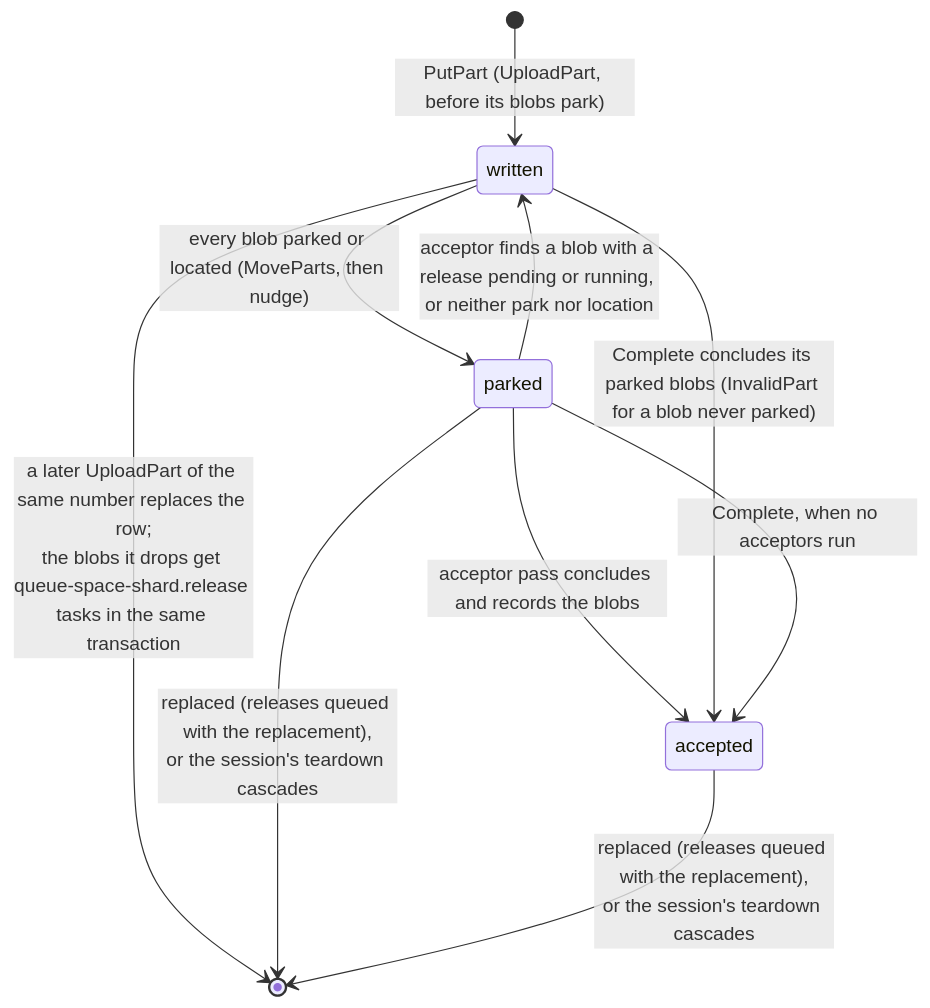
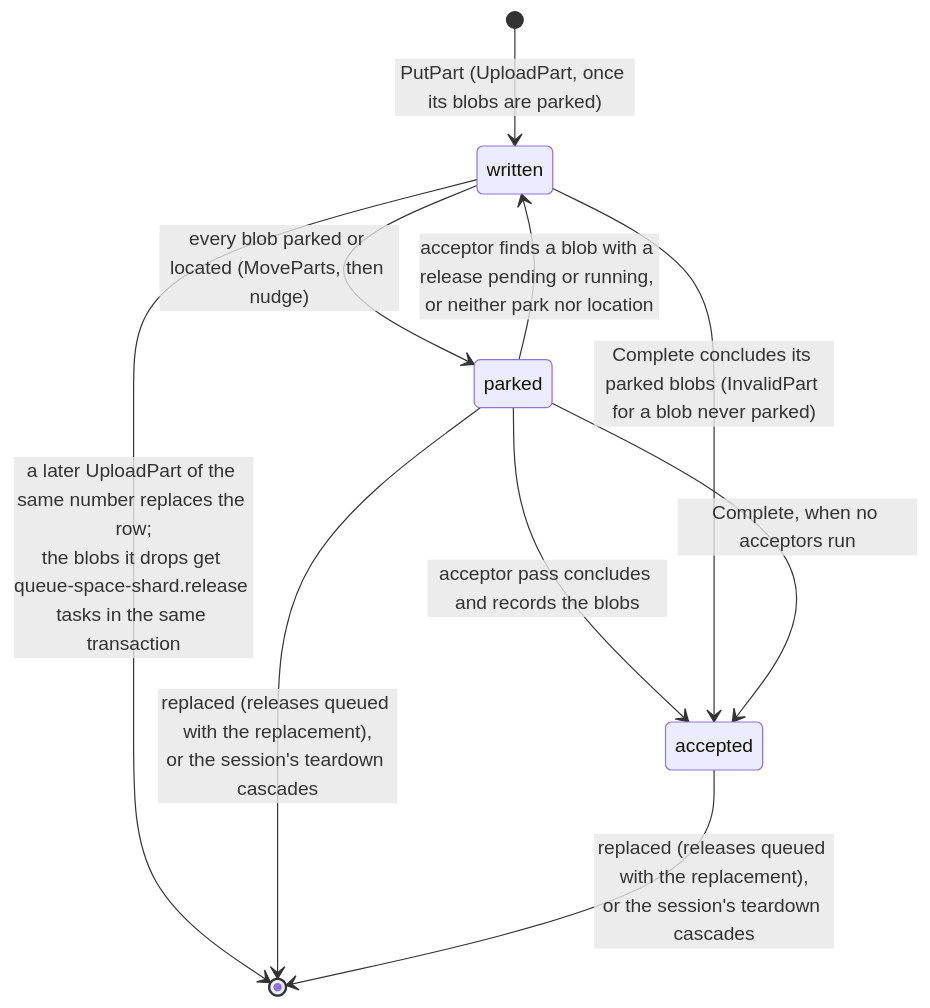
One commit to fil-forge/ingot changed the seventh of 15 diagrams in docs/diagrams.md. Above: the diagram before and after it, drawn with Mermaid. The commit also changed other lines of this file and 47 other files, not shown here.

````diff
--- a/docs/diagrams.md
+++ b/docs/diagrams.md
@@ -622,12 +632,12 @@
 ```mermaid
 stateDiagram-v2
-    [*] --> written : PutPart (UploadPart, before its blobs park)
+    [*] --> written : PutPart (UploadPart, once its blobs are parked)
     written --> parked : every blob parked or located (MoveParts, then nudge)
     parked --> accepted : acceptor pass concludes and records the blobs
     parked --> written : acceptor finds a blob with a release pending or running, or neither park nor location
     written --> accepted : Complete concludes its parked blobs (InvalidPart for a blob never parked)
     parked --> accepted : Complete, when no acceptors run
     written --> [*] : a later UploadPart of the same number replaces the row#59;<br/>the blobs it drops get queue-space-shard.release tasks in the same transaction
     parked --> [*] : replaced (releases queued with the replacement),<br/>or the session's teardown cascades
     accepted --> [*] : replaced (releases queued with the replacement),<br/>or the session's teardown cascades
 ```
````
